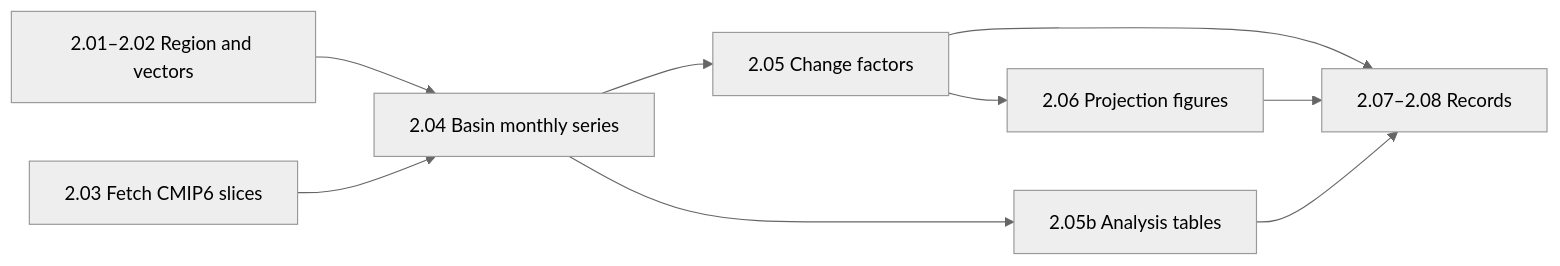
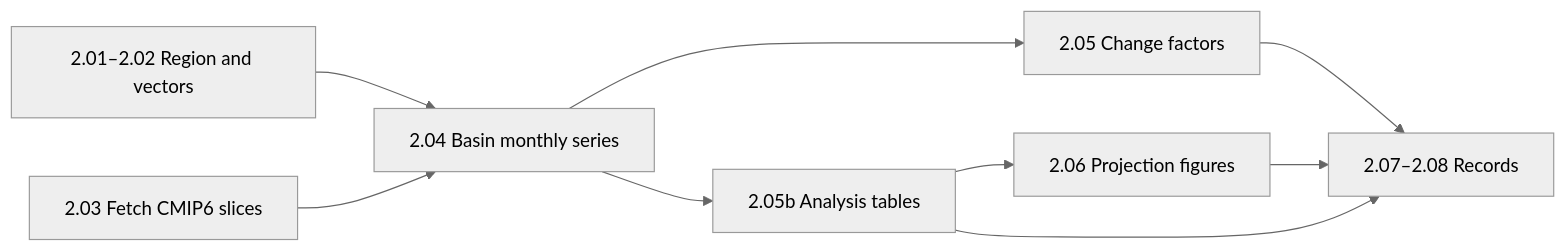
The diagram in docs/site/toolbox-reference/workflow-analyze-projections.qmd (tanerumit/blueearth_cst), drawn with Mermaid (neutral theme) before and after one commit. The commit also changed other lines of this file and 19 other files, not shown here.

````diff
--- a/docs/site/toolbox-reference/workflow-analyze-projections.qmd
+++ b/docs/site/toolbox-reference/workflow-analyze-projections.qmd
@@ -26,11 +26,11 @@
 ```{mermaid}
 flowchart LR
   A["2.01–2.02 Region and vectors"] --> C["2.04 Basin monthly series"]
   B["2.03 Fetch CMIP6 slices"] --> C
   C --> D["2.05 Change factors"]
   C --> G["2.05b Analysis tables"]
-  D --> E["2.06 Projection figures"]
+  G --> E["2.06 Projection figures"]
   D --> F["2.07–2.08 Records"]
   E --> F
   G --> F
 ```
````
